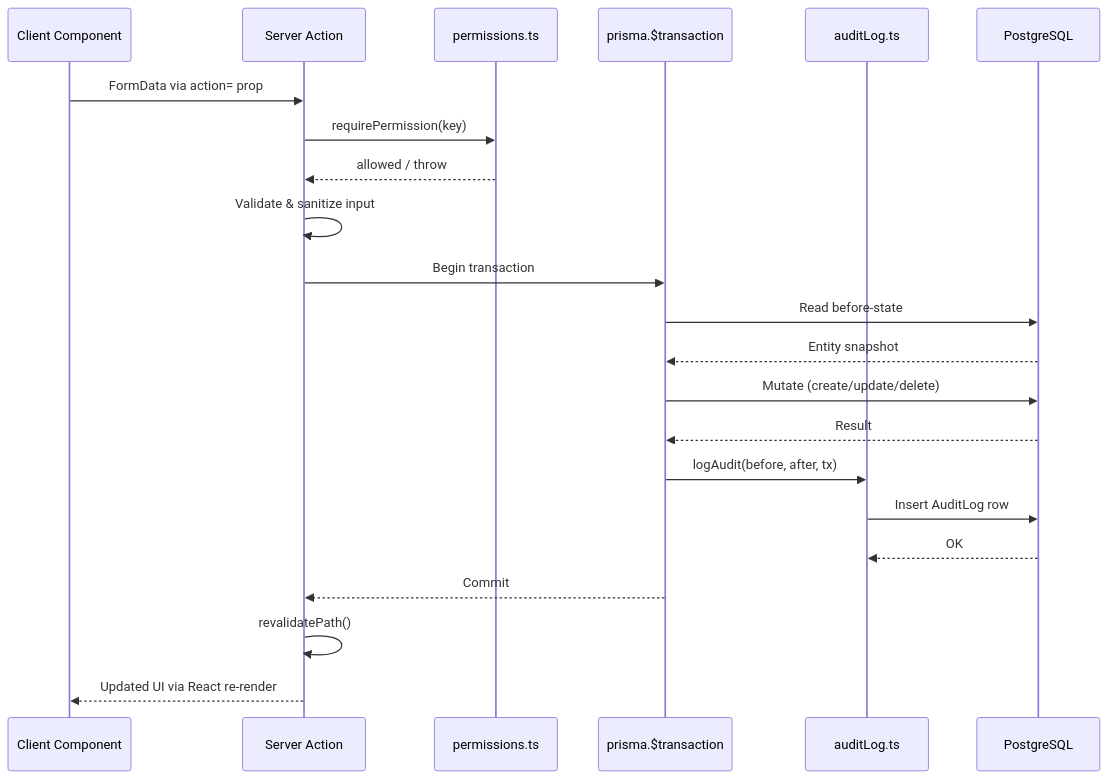
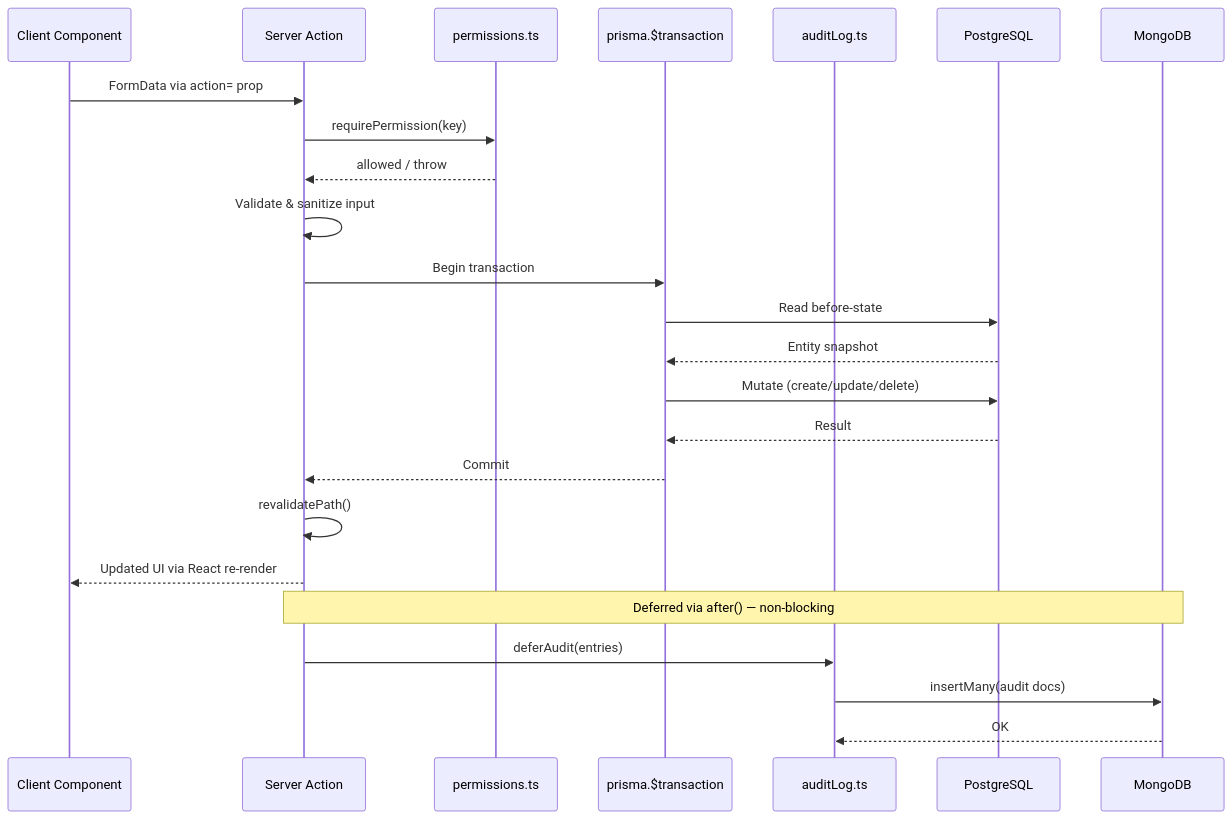
Before and after one commit to MikkoNumminen/HRManager: the fourth of 5 diagrams in docs/architecture.md, drawn with Mermaid. The commit also changed other lines of this file and 3 other files, not shown here.

First line of the commit message:
docs: update README, CLAUDE.md, and architecture for MongoDB polyglot persistence

````diff
--- a/docs/architecture.md
+++ b/docs/architecture.md
@@ -128,30 +129,32 @@
 ```mermaid
 sequenceDiagram
     participant C as Client Component
     participant SA as Server Action
     participant RBAC as permissions.ts
     participant TX as prisma.$transaction
     participant AL as auditLog.ts
-    participant DB as PostgreSQL
+    participant PG as PostgreSQL
+    participant Mongo as MongoDB
 
     C->>SA: FormData via action= prop
     SA->>RBAC: requirePermission(key)
     RBAC-->>SA: allowed / throw
 
     SA->>SA: Validate & sanitize input
     SA->>TX: Begin transaction
 
-    TX->>DB: Read before-state
-    DB-->>TX: Entity snapshot
+    TX->>PG: Read before-state
+    PG-->>TX: Entity snapshot
 
-    TX->>DB: Mutate (create/update/delete)
-    DB-->>TX: Result
-
-    TX->>AL: logAudit(before, after, tx)
-    AL->>DB: Insert AuditLog row
-    DB-->>AL: OK
+    TX->>PG: Mutate (create/update/delete)
+    PG-->>TX: Result
 
     TX-->>SA: Commit
     SA->>SA: revalidatePath()
     SA-->>C: Updated UI via React re-render
+
+    Note over SA,Mongo: Deferred via after() — non-blocking
+    SA->>AL: deferAudit(entries)
+    AL->>Mongo: insertMany(audit docs)
+    Mongo-->>AL: OK
 ```
````
